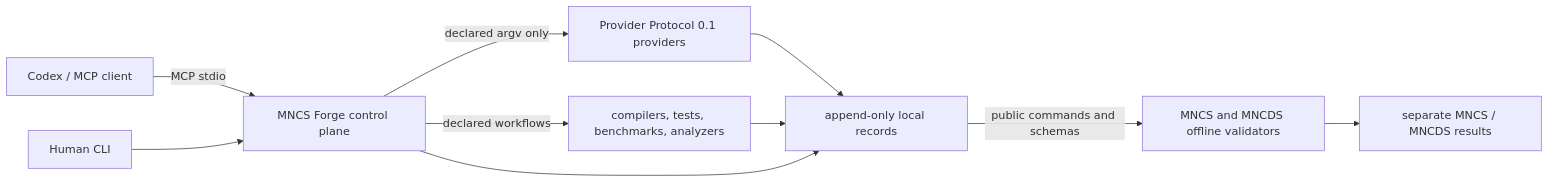
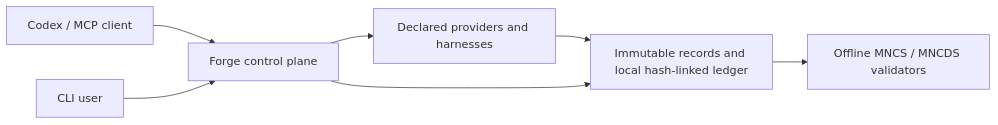
The diagram in README.md (epi13/mncs-forge-mcp), drawn with Mermaid before and after one commit. The commit also changed other lines of this file, not shown here.

Commit message:
docs: streamline Forge project entrypoint

````diff
--- a/README.md
+++ b/README.md
@@ -20,12 +24,9 @@
 ```mermaid
 flowchart LR
-  Codex[Codex / MCP client] -->|MCP stdio| Forge[MNCS Forge control plane]
-  Human[Human CLI] --> Forge
-  Forge -->|declared argv only| Providers[Provider Protocol 0.1 providers]
-  Forge -->|declared workflows| Harnesses[compilers, tests, benchmarks, analyzers]
-  Providers --> Records[append-only local records]
-  Harnesses --> Records
+  Codex[Codex / MCP client] --> Forge[Forge control plane]
+  Human[CLI user] --> Forge
+  Forge --> Providers[Declared providers and harnesses]
+  Providers --> Records[Immutable records and local hash-linked ledger]
   Forge --> Records
-  Records -->|public commands and schemas| Validators[MNCS and MNCDS offline validators]
-  Validators --> Separate[separate MNCS / MNCDS results]
+  Records --> Validators[Offline MNCS / MNCDS validators]
 ```
````
